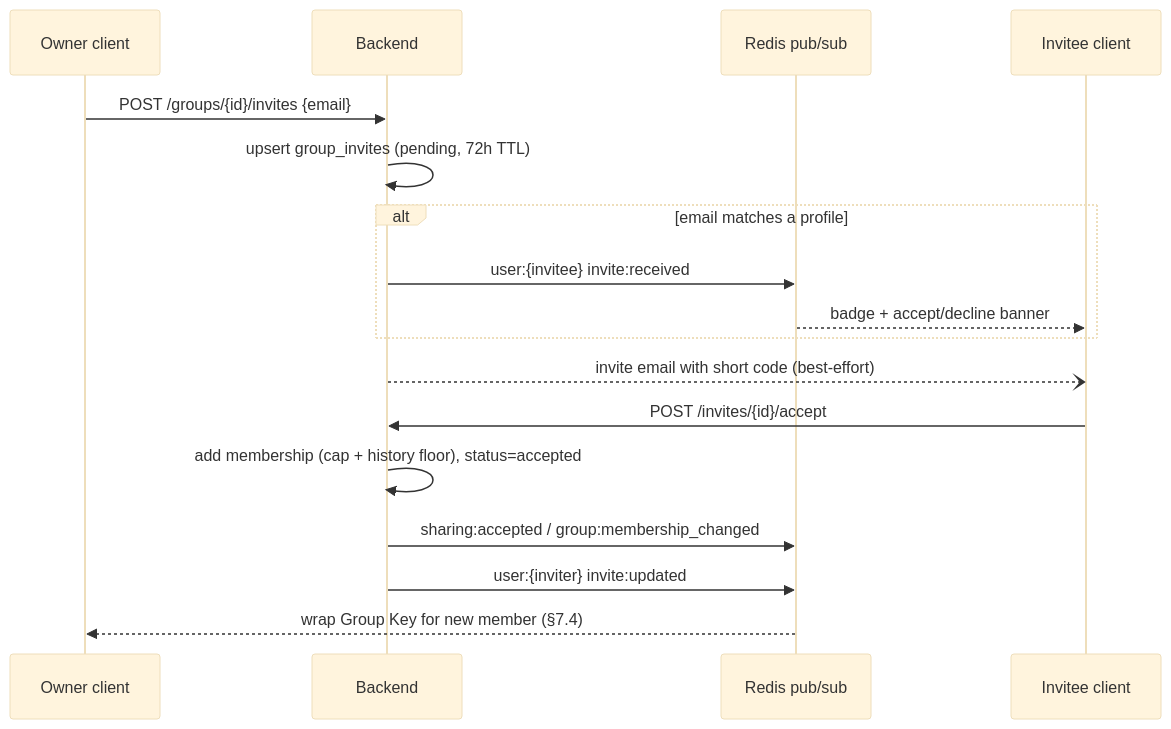
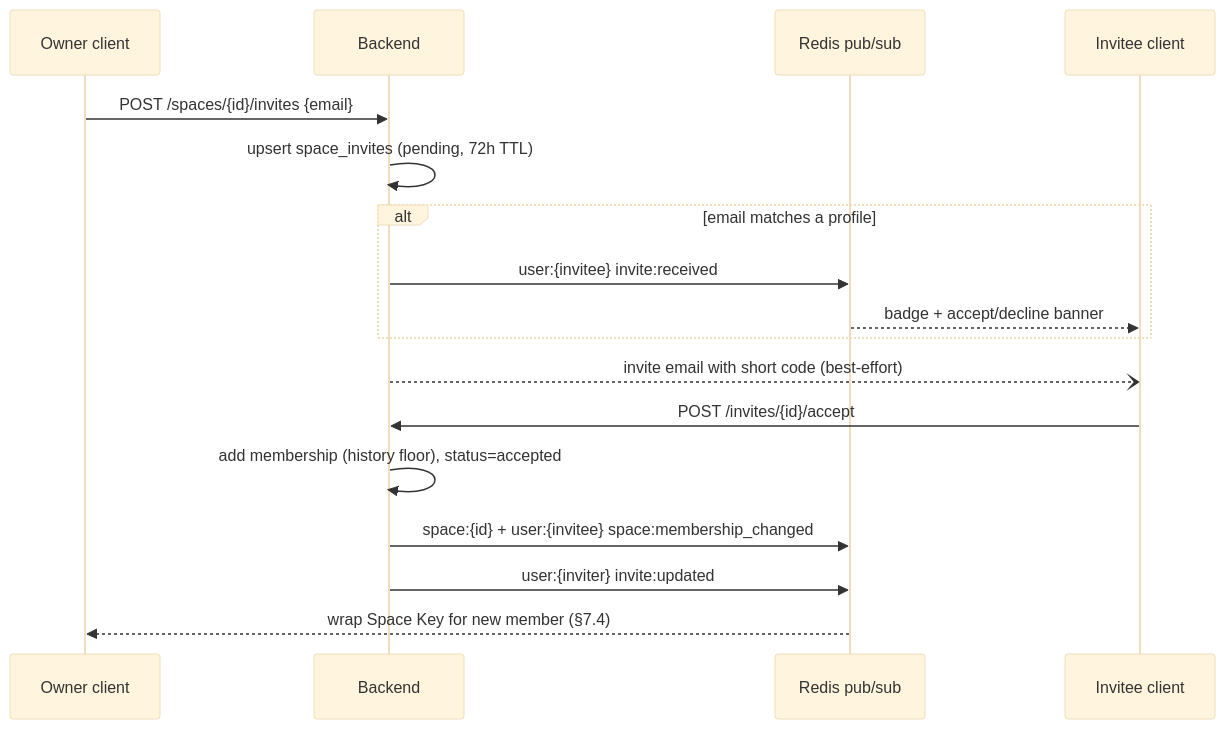
Before and after one commit to NotRover/RoverTools-Orange-Copy-Paste-Backend: the second of 3 diagrams in docs/ARCHITECTURE.md, drawn with Mermaid (base theme). The commit also changed other lines of this file and 21 other files, not shown here.

First line of the commit message:
feat(spaces): fold groups and live share into one space primitive

````diff
--- a/docs/ARCHITECTURE.md
+++ b/docs/ARCHITECTURE.md
@@ -535,20 +612,20 @@
 ```mermaid
 sequenceDiagram
     participant O as Owner client
     participant API as Backend
     participant R as Redis pub/sub
     participant I as Invitee client
 
-    O->>API: POST /groups/{id}/invites {email}
-    API->>API: upsert group_invites (pending, 72h TTL)
+    O->>API: POST /spaces/{id}/invites {email}
+    API->>API: upsert space_invites (pending, 72h TTL)
     alt email matches a profile
         API->>R: user:{invitee} invite:received
         R-->>I: badge + accept/decline banner
     end
     API--)I: invite email with short code (best-effort)
     I->>API: POST /invites/{id}/accept
-    API->>API: add membership (cap + history floor), status=accepted
-    API->>R: sharing:accepted / group:membership_changed
+    API->>API: add membership (history floor), status=accepted
+    API->>R: space:{id} + user:{invitee} space:membership_changed
     API->>R: user:{inviter} invite:updated
-    R-->>O: wrap Group Key for new member (§7.4)
+    R-->>O: wrap Space Key for new member (§7.4)
 ```
````
